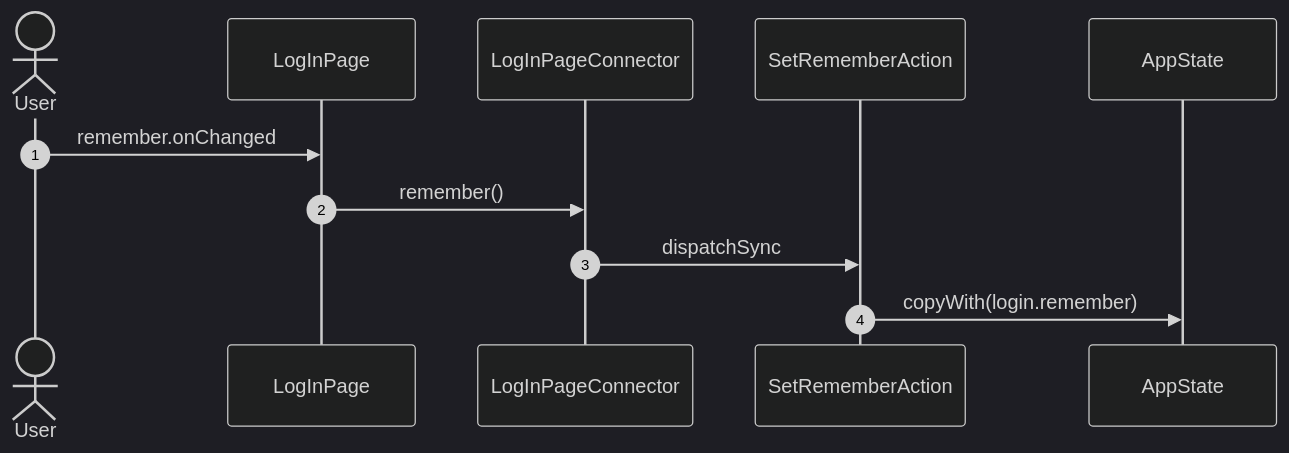
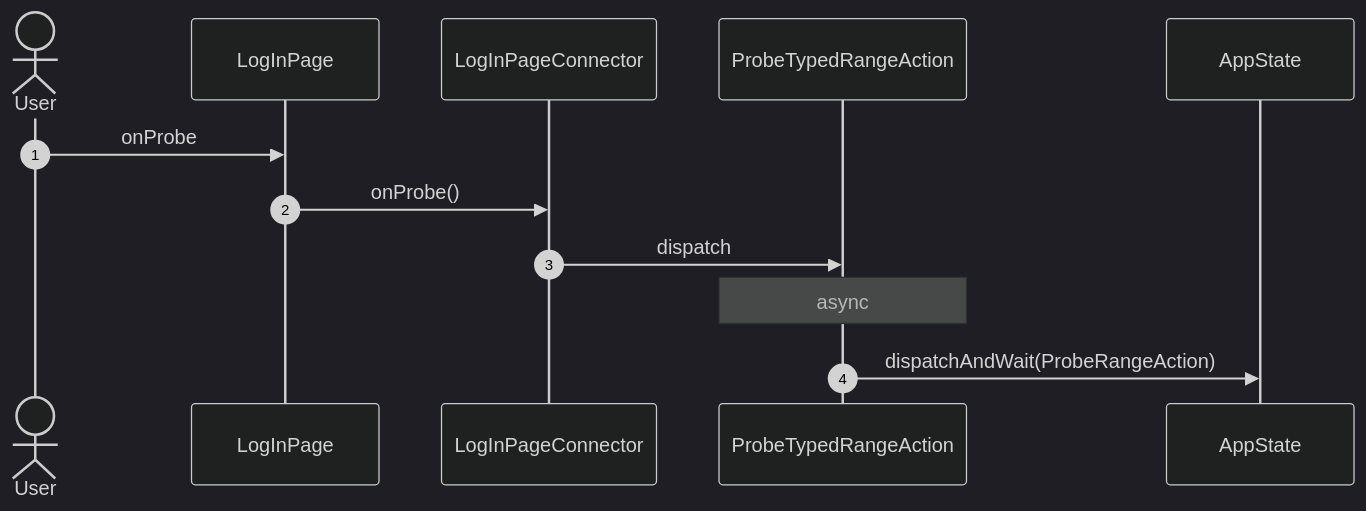
One commit to gencto/wyrm changed the ninth of 19 diagrams in studio/docs/flows/logIn.md. Above: the diagram before and after it, drawn with Mermaid (dark theme). The commit also changed other lines of this file and 90 other files, not shown here.

First line of the commit message:
studio: log-in: typed values, words in ui, one action per intent

````diff
--- a/studio/docs/flows/logIn.md
+++ b/studio/docs/flows/logIn.md
@@ -123,14 +182,15 @@
 ```mermaid
 sequenceDiagram
     autonumber
     actor User
     participant UI as LogInPage
     participant VM as LogInPageConnector
-    participant A1 as SetRememberAction
+    participant A1 as ProbeTypedRangeAction
     participant ST as AppState
 
-    User->>UI: remember.onChanged
-    UI->>VM: remember()
-    VM->>A1: dispatchSync
-    A1->>ST: copyWith(login.remember)
+    User->>UI: onProbe
+    UI->>VM: onProbe()
+    VM->>A1: dispatch
+    Note over A1: async
+    A1->>ST: dispatchAndWait(ProbeRangeAction)
 ```
````
